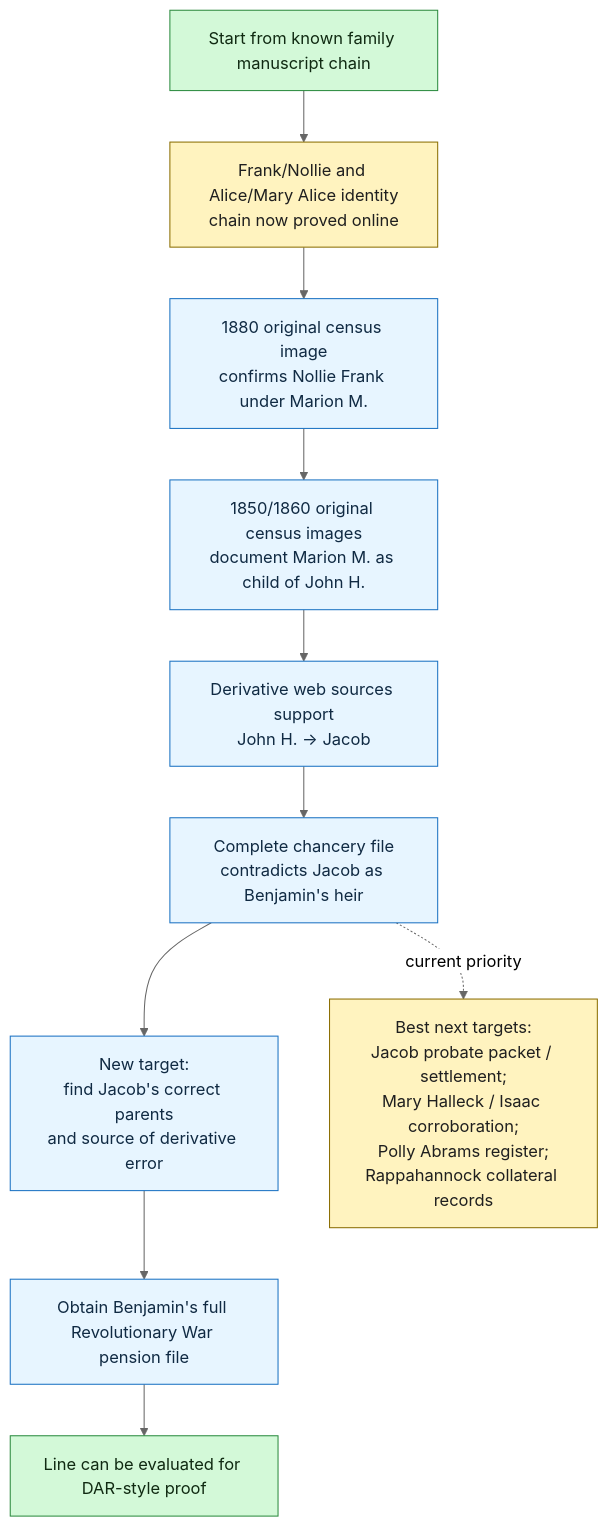
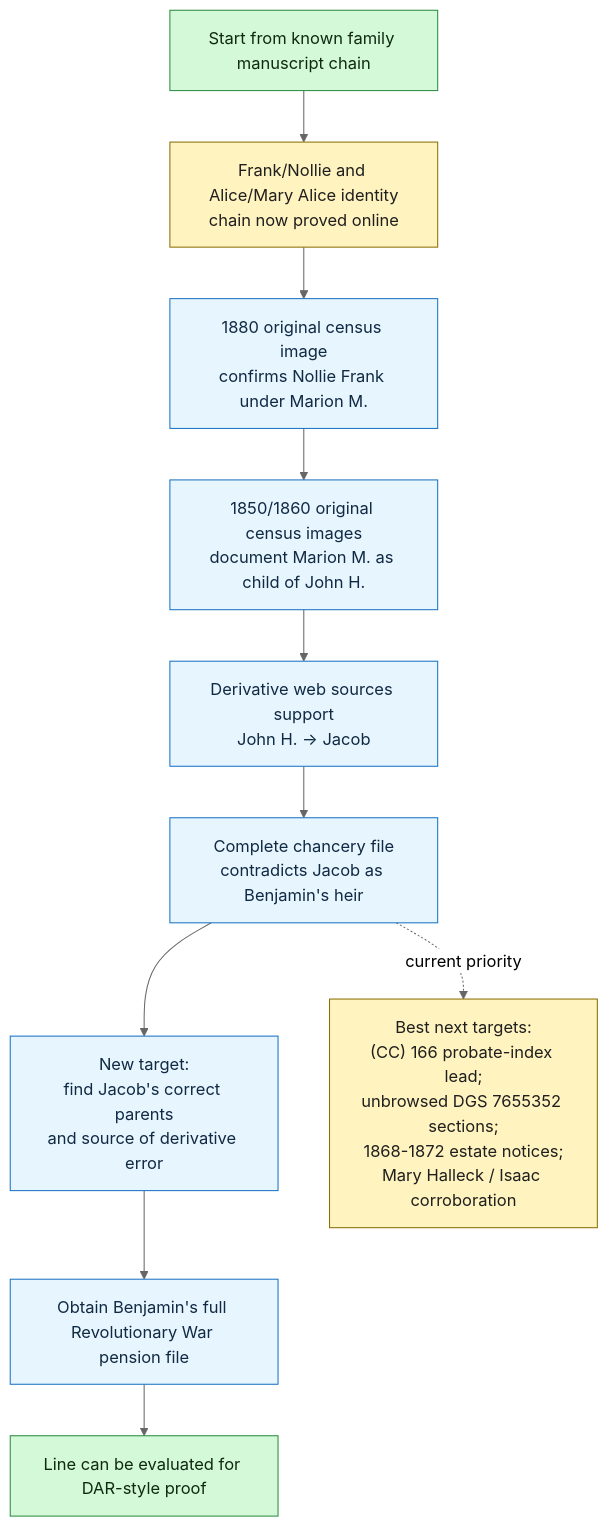
The second of 2 diagrams in RQ-P1-PARTLOW-REVOLUTIONARY-LINE.md (zcopley/copley-family-research), drawn with Mermaid (neutral theme) before and after one commit. The commit also changed other lines of this file and 14 other files, not shown here.

Commit message:
Integrate Jacob Partlow probate index search

````diff
--- a/RQ-P1-PARTLOW-REVOLUTIONARY-LINE.md
+++ b/RQ-P1-PARTLOW-REVOLUTIONARY-LINE.md
@@ -322,23 +324,23 @@
 ```mermaid
 flowchart TD
     A["Start from known family manuscript chain"]
     B["Frank/Nollie and Alice/Mary Alice identity<br/>chain now proved online"]
     C["1880 original census image<br/>confirms Nollie Frank under Marion M."]
     D["1850/1860 original census images<br/>document Marion M. as child of John H."]
     E["Derivative web sources support<br/>John H. -> Jacob"]
     F["Complete chancery file<br/>contradicts Jacob as Benjamin's heir"]
     G["New target:<br/>find Jacob's correct parents<br/>and source of derivative error"]
     I["Obtain Benjamin's full Revolutionary War pension file"]
     H["Line can be evaluated for DAR-style proof"]
 
     A --> B --> C --> D --> E --> F --> G --> I --> H
-    F -. "current priority" .-> P["Best next targets:<br/>Jacob probate packet / settlement;<br/>Mary Halleck / Isaac corroboration;<br/>Polly Abrams register;<br/>Rappahannock collateral records"]
+    F -. "current priority" .-> P["Best next targets:<br/>(CC) 166 probate-index lead;<br/>unbrowsed DGS 7655352 sections;<br/>1868-1872 estate notices;<br/>Mary Halleck / Isaac corroboration"]
 
     class A,H goal
     class B,P priority
     class C,D,E,F,G,I action
 
     classDef goal fill:#d3f9d8,stroke:#2b8a3e,color:#102a12;
     classDef priority fill:#fff3bf,stroke:#8a6d00,color:#1f1f1f;
     classDef action fill:#e7f5ff,stroke:#1971c2,color:#102a43;
 ```
````
